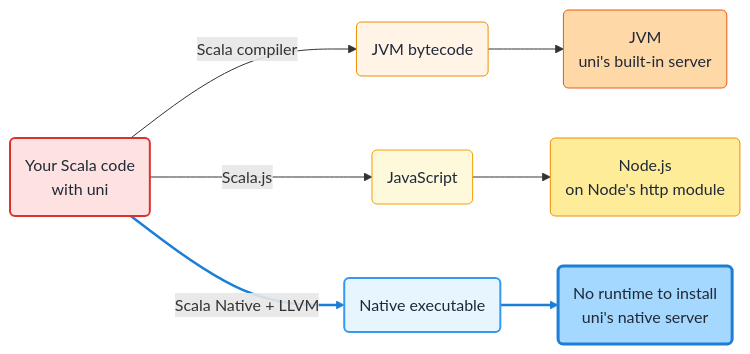
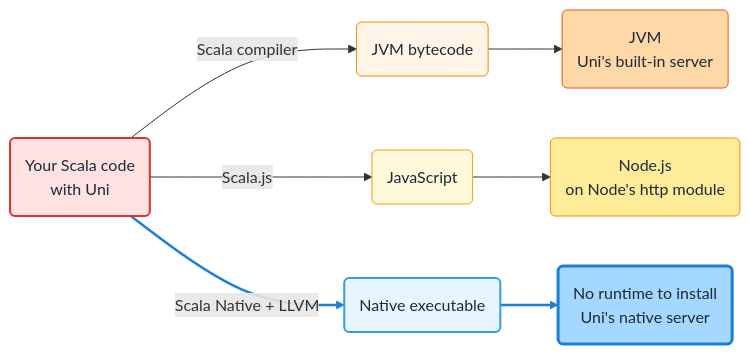
One commit to wvlet/uni changed the diagram in docs/blog/2026-11-19-native-server-performance.md. Above: the diagram before and after it, drawn with Mermaid. The commit also changed other lines of this file, not shown here.

Commit message:
docs: Capitalize Uni in the Native server post's prose

````diff
--- a/docs/blog/2026-11-19-native-server-performance.md
+++ b/docs/blog/2026-11-19-native-server-performance.md
@@ -25,25 +25,25 @@
 ```mermaid
 flowchart LR
-  src("Your Scala code<br/>with uni")
+  src("Your Scala code<br/>with Uni")
   src -->|Scala compiler| jvm("JVM bytecode")
   src -->|Scala.js| js("JavaScript")
   src -->|Scala Native + LLVM| bin("Native executable")
-  jvm --> r1("JVM<br/>uni's built-in server")
+  jvm --> r1("JVM<br/>Uni's built-in server")
   js --> r2("Node.js<br/>on Node's http module")
-  bin --> r3("No runtime to install<br/>uni's native server")
+  bin --> r3("No runtime to install<br/>Uni's native server")
   classDef scala fill:#fde2e1,stroke:#dc322f,stroke-width:2px,color:#1f2937
   classDef jvm1 fill:#fff4e6,stroke:#f08c00,color:#1f2937
   classDef jvm2 fill:#ffd8a8,stroke:#e8590c,color:#1f2937
   classDef js1 fill:#fff9db,stroke:#f59f00,color:#1f2937
   classDef js2 fill:#ffec99,stroke:#f08c00,color:#1f2937
   classDef nat1 fill:#e7f5ff,stroke:#339af0,stroke-width:2px,color:#1f2937
   classDef nat2 fill:#a5d8ff,stroke:#1c7ed6,stroke-width:3px,color:#1f2937
   class src scala
   class jvm jvm1
   class r1 jvm2
   class js js1
   class r2 js2
   class bin nat1
   class r3 nat2
   linkStyle 2,5 stroke:#1c7ed6,stroke-width:2.5px
 ```
````
